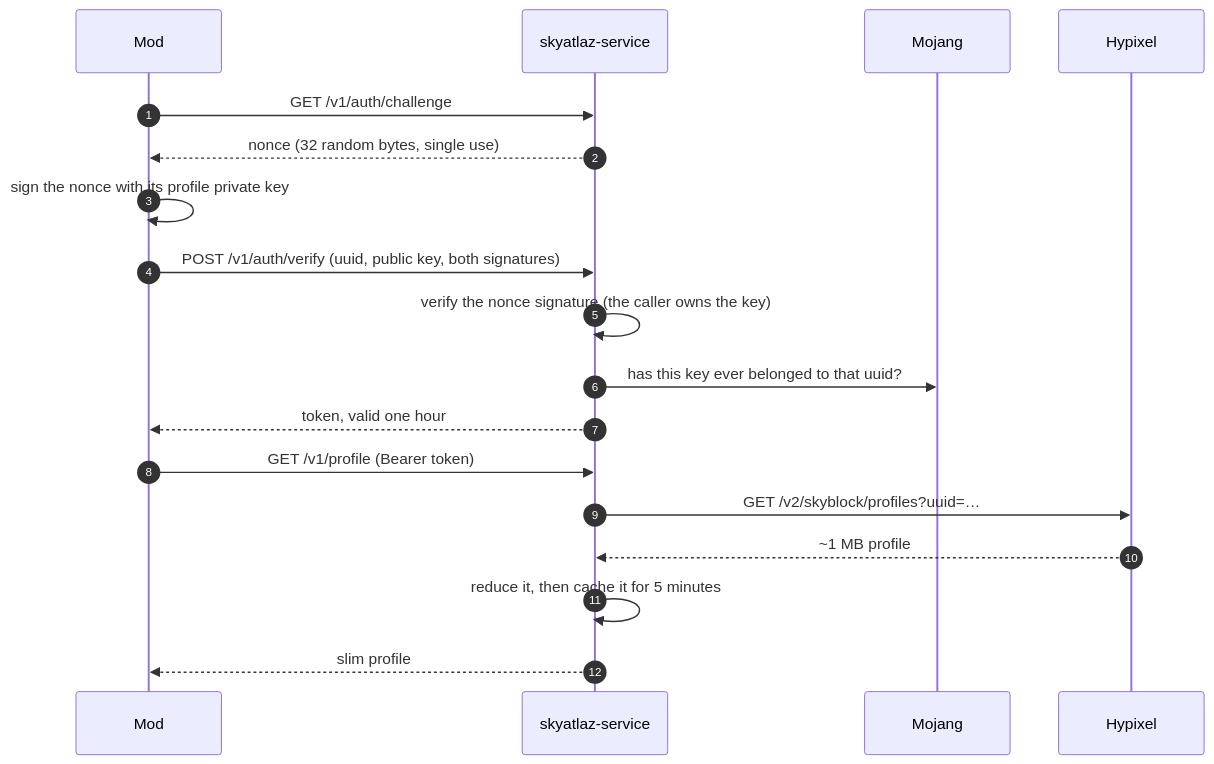
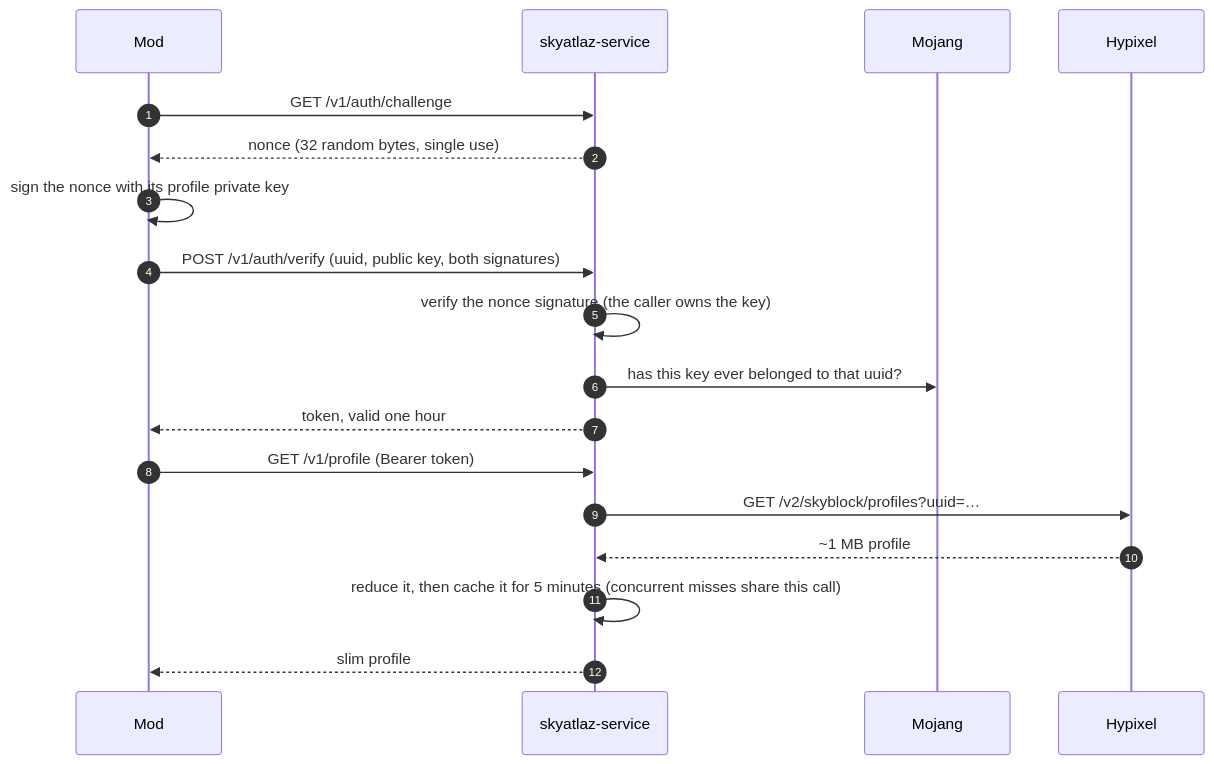
One commit to bgrados31/skyatlaz-service changed the diagram in README.md. Above: the diagram before and after it, drawn with Mermaid. The commit also changed other lines of this file and 7 other files, not shown here.

First line of the commit message:
cache: coalesce concurrent misses into one upstream call

````diff
--- a/README.md
+++ b/README.md
@@ -147,21 +151,21 @@
 ```mermaid
 sequenceDiagram
     autonumber
     participant Mod
     participant Service as skyatlaz-service
     participant Mojang
     participant Hypixel
 
     Mod->>Service: GET /v1/auth/challenge
     Service-->>Mod: nonce (32 random bytes, single use)
     Mod->>Mod: sign the nonce with its profile private key
     Mod->>Service: POST /v1/auth/verify (uuid, public key, both signatures)
     Service->>Service: verify the nonce signature (the caller owns the key)
     Service->>Mojang: has this key ever belonged to that uuid?
     Service-->>Mod: token, valid one hour
     Mod->>Service: GET /v1/profile (Bearer token)
     Service->>Hypixel: GET /v2/skyblock/profiles?uuid=…
     Hypixel-->>Service: ~1 MB profile
-    Service->>Service: reduce it, then cache it for 5 minutes
+    Service->>Service: reduce it, then cache it for 5 minutes (concurrent misses share this call)
     Service-->>Mod: slim profile
 ```
````
